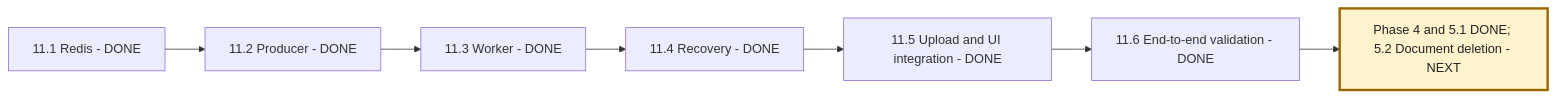
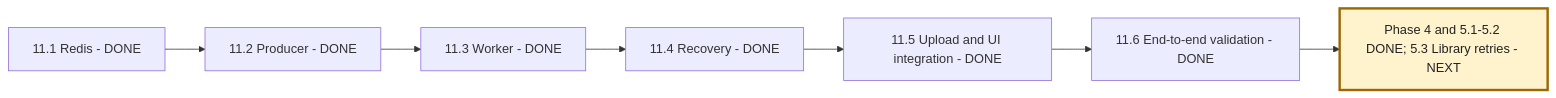
The third of 3 diagrams in NEXAAI_ROADMAP.md (msdian0007/nexaAi), drawn with Mermaid before and after one commit. The commit also changed other lines of this file and 22 other files, not shown here.

Commit message:
coordinated document deletion

````diff
--- a/NEXAAI_ROADMAP.md
+++ b/NEXAAI_ROADMAP.md
@@ -254,10 +256,10 @@
 ```mermaid
 flowchart LR
     A[11.1 Redis - DONE] --> B[11.2 Producer - DONE]
     B --> C[11.3 Worker - DONE]
     C --> D[11.4 Recovery - DONE]
     D --> E[11.5 Upload and UI integration - DONE]
     E --> F[11.6 End-to-end validation - DONE]
-    F --> G[Phase 4 and 5.1 DONE; 5.2 Document deletion - NEXT]
+    F --> G[Phase 4 and 5.1-5.2 DONE; 5.3 Library retries - NEXT]
     style G fill:#fff3cd,stroke:#9a6700,stroke-width:3px,color:#222
 ```
````
